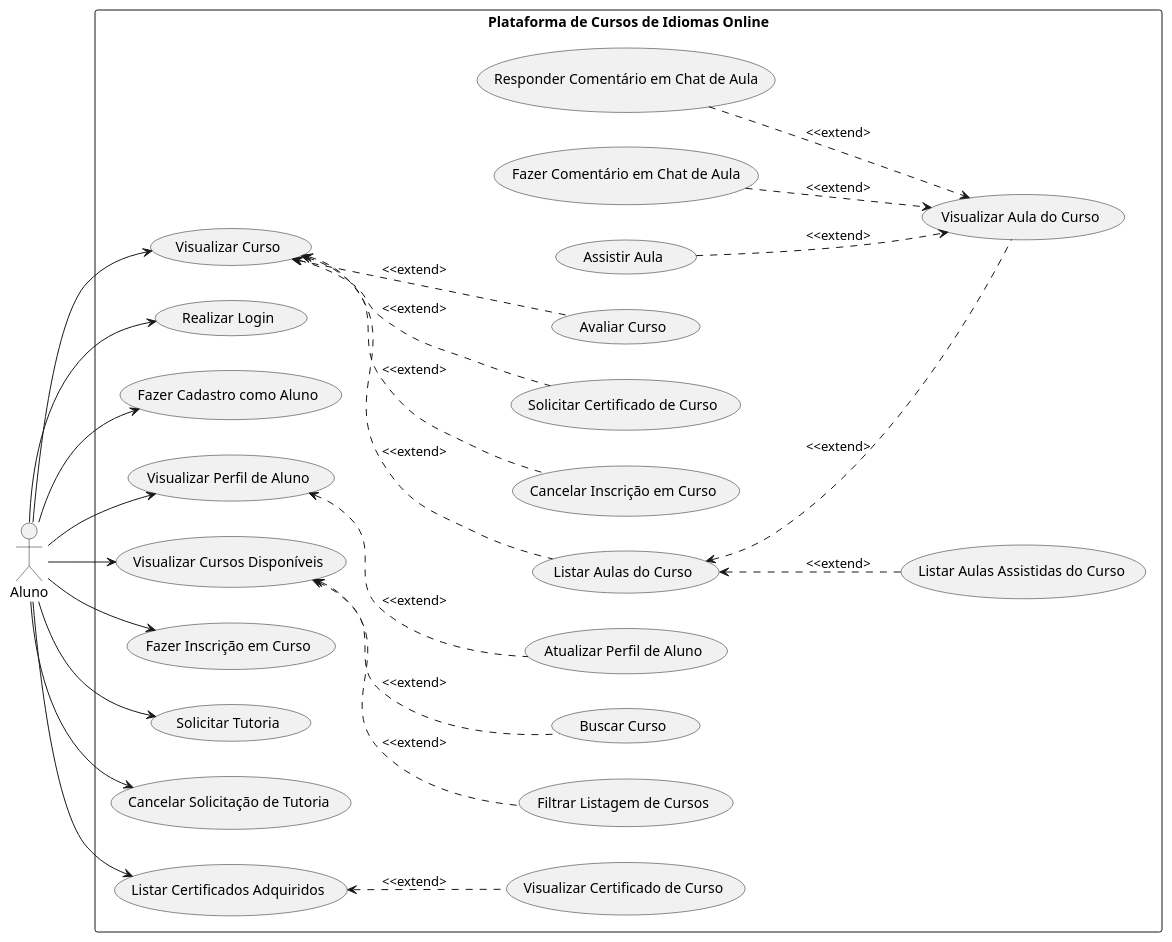
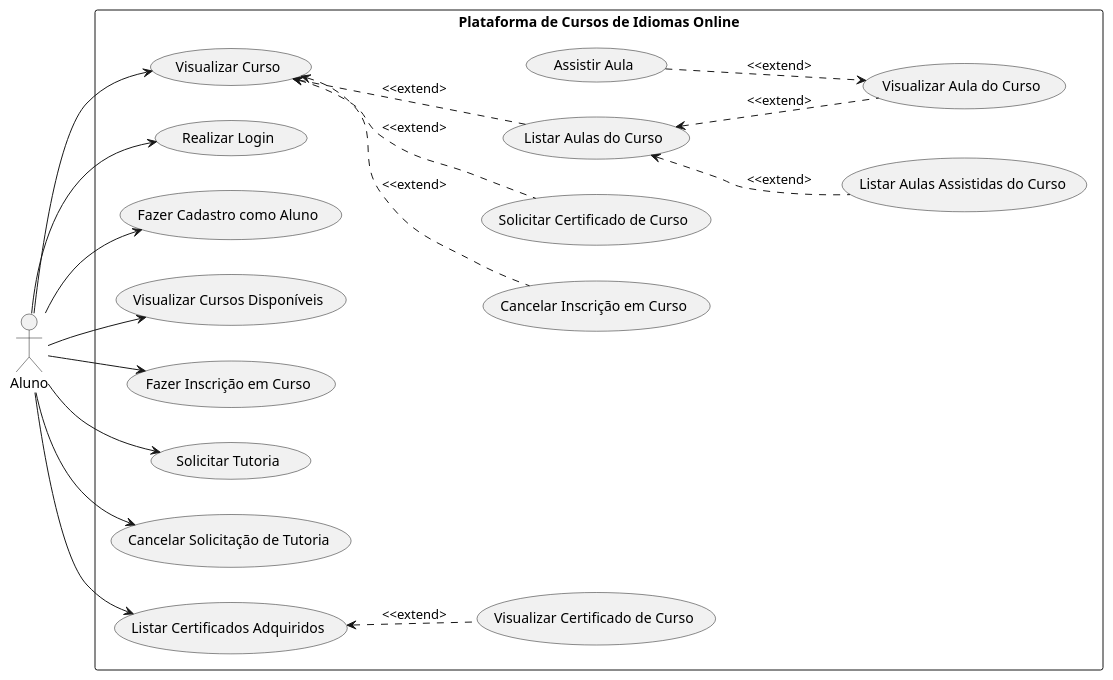
One commit to Nicolas-Emanuel7/Atividades-APS changed the diagram in projeto-1Unidade/aluno.puml. Above: the diagram before and after it, drawn with PlantUML. The commit also changed 1 other file, not shown here.

Commit message:
refactor: atualiza diagramas de classe de aluno e professor

```diff
--- a/projeto-1Unidade/aluno.puml
+++ b/projeto-1Unidade/aluno.puml
@@ -1,67 +1,58 @@
 @startuml "Plataforma de Cursos de Idiomas Online"
 left to right direction
 
 :Aluno: as aluno
 
 
 rectangle "Plataforma de Cursos de Idiomas Online"{
     (Visualizar Curso) as visualizar_curso
     (Visualizar Aula do Curso) as visualizar_aula_curso
     (Listar Aulas do Curso) as listar_aulas_curso
 
     (Realizar Login) as realizar_login
 
     (Fazer Cadastro como Aluno) as fazer_cadastro_aluno
-    (Visualizar Perfil de Aluno) as visualizar_perfil_aluno
-    (Atualizar Perfil de Aluno) as atualizar_perfil_aluno
+    ' (Visualizar Perfil de Aluno) as visualizar_perfil_aluno
+    ' (Atualizar Perfil de Aluno) as atualizar_perfil_aluno
     (Visualizar Cursos Disponíveis) as visualizar_cursos_disponiveis
-    (Filtrar Listagem de Cursos) as filtrar_listagem_cursos
-    (Buscar Curso) as buscar_curso
+    ' (Filtrar Listagem de Cursos) as filtrar_listagem_cursos
+    ' (Buscar Curso) as buscar_curso
     (Fazer Inscrição em Curso) as fazer_inscricao_curso
     (Cancelar Inscrição em Curso) as cancelar_inscricao_curso
     (Assistir Aula) as assistir_aula
     (Listar Aulas Assistidas do Curso) as listar_aulas_assistidas_curso
     (Solicitar Tutoria) as solicitar_tutoria
     (Cancelar Solicitação de Tutoria) as cancelar_solicitacao_tutoria
     (Solicitar Certificado de Curso) as solicitar_certificado_curso
     (Visualizar Certificado de Curso) as visualizar_certificado_curso
     (Listar Certificados Adquiridos) as listar_certificados_adquiridos
-    (Avaliar Curso) as avaliar_curso
-    (Fazer Comentário em Chat de Aula) as fazer_comentario_chat_aula
-    (Responder Comentário em Chat de Aula) as responder_comentario_chat_aula
+    ' (Avaliar Curso) as avaliar_curso
+    ' (Fazer Comentário em Chat de Aula) as fazer_comentario_chat_aula
+    ' (Responder Comentário em Chat de Aula) as responder_comentario_chat_aula
 }
 
 aluno --> fazer_cadastro_aluno
 aluno --> realizar_login
-aluno --> visualizar_perfil_aluno
-
-visualizar_perfil_aluno <.down. atualizar_perfil_aluno: <<extend>
 
 aluno --> visualizar_cursos_disponiveis
-
-visualizar_cursos_disponiveis <.down. filtrar_listagem_cursos: <<extend>
-visualizar_cursos_disponiveis <.down. buscar_curso: <<extend>
 
 aluno --> fazer_inscricao_curso
 aluno --> visualizar_curso
 
 visualizar_curso <.down. cancelar_inscricao_curso: <<extend>
 visualizar_curso <.down. listar_aulas_curso: <<extend>
 visualizar_curso <.down. solicitar_certificado_curso: <<extend>
-visualizar_curso <.down. avaliar_curso: <<extend>
 
 listar_aulas_curso <.down. visualizar_aula_curso: <<extend>
 listar_aulas_curso <.down. listar_aulas_assistidas_curso: <<extend>
 
 visualizar_aula_curso <.up. assistir_aula: <<extend>
-visualizar_aula_curso <.up. fazer_comentario_chat_aula: <<extend>
-visualizar_aula_curso <.up. responder_comentario_chat_aula: <<extend>
 
 aluno --> listar_certificados_adquiridos
 
 listar_certificados_adquiridos <.down. visualizar_certificado_curso: <<extend>
 
 aluno --> solicitar_tutoria
 aluno --> cancelar_solicitacao_tutoria
 
 @enduml
```
